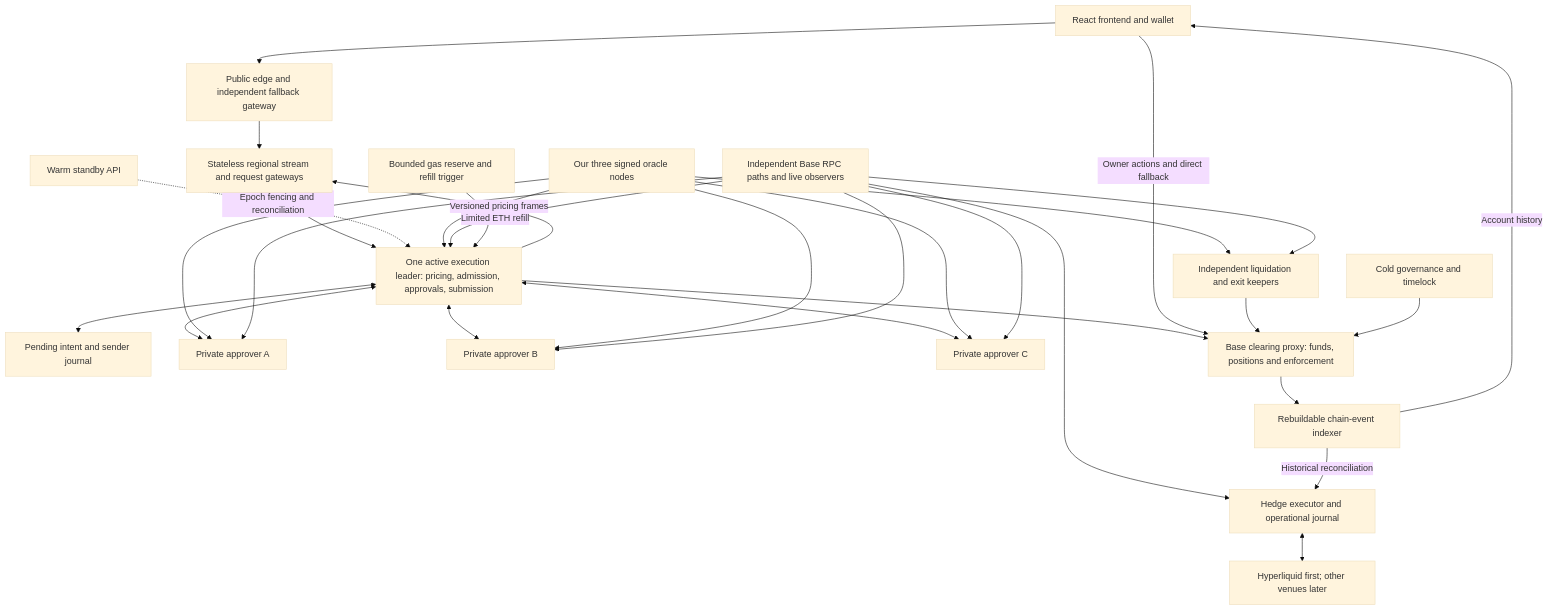
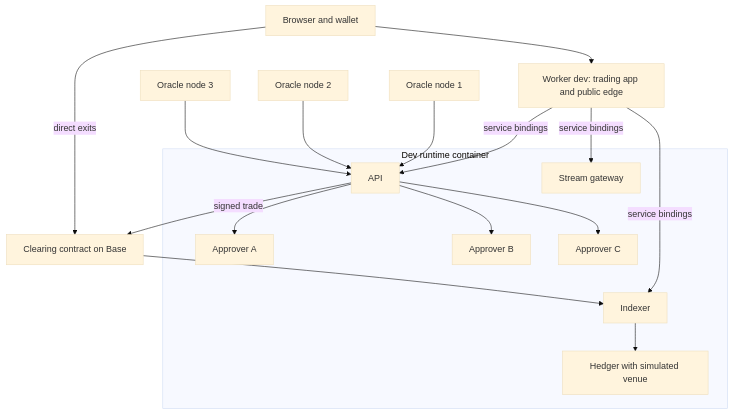
Before and after one commit to arthurtouble/rfqmarkets: the diagram in docs/architecture/overview.md, drawn with Mermaid (base theme). The commit also changed other lines of this file and 20 other files, not shown here.

````diff
--- a/docs/architecture/overview.md
+++ b/docs/architecture/overview.md
@@ -15,49 +32,24 @@
 ```mermaid
 flowchart TB
-    U[React frontend and wallet]
-    E[Public edge and independent fallback gateway]
-    GW[Stateless regional stream and request gateways]
-    API[One active execution leader: pricing, admission, approvals, submission]
-    ST[Warm standby API]
-    J[Pending intent and sender journal]
-    A[Private approver A]
-    B[Private approver B]
-    C[Private approver C]
-    O[Our three signed oracle nodes]
-    RPC[Independent Base RPC paths and live observers]
-    CH[Base clearing proxy: funds, positions and enforcement]
-    P[Rebuildable chain-event indexer]
-    H[Hedge executor and operational journal]
-    V[Hyperliquid first; other venues later]
-    K[Independent liquidation and exit keepers]
-    G[Cold governance and timelock]
-    GAS[Bounded gas reserve and refill trigger]
-
-    U --> E --> GW --> API
-    API -->|Versioned pricing frames| GW
-    ST -. Epoch fencing and reconciliation .-> API
-    API <--> J
-    API <--> A
-    API <--> B
-    API <--> C
-    O --> API
-    O --> A
-    O --> B
-    O --> C
-    O --> K
-    RPC --> API
-    RPC --> A
-    RPC --> B
-    RPC --> C
-    RPC --> H
-    RPC --> K
-    API --> CH
-    U -->|Owner actions and direct fallback| CH
-    CH --> P
-    P -->|Account history| U
-    P -->|Historical reconciliation| H
-    H <--> V
-    K --> CH
-    G --> CH
-    GAS -->|Limited ETH refill| API
+    U[Browser and wallet] --> W[Worker dev: trading app and public edge]
+    subgraph RT[Dev runtime container]
+        API[API]
+        A[Approver A]
+        B[Approver B]
+        C[Approver C]
+        IDX[Indexer]
+        GW[Stream gateway]
+        H[Hedger with simulated venue]
+    end
+    W -->|service bindings| API
+    W -->|service bindings| IDX
+    W -->|service bindings| GW
+    O1[Oracle node 1] --> API
+    O2[Oracle node 2] --> API
+    O3[Oracle node 3] --> API
+    API --> A & B & C
+    API -->|signed trade| CH[Clearing contract on Base]
+    U -->|direct exits| CH
+    CH --> IDX
+    IDX --> H
 ```
````
